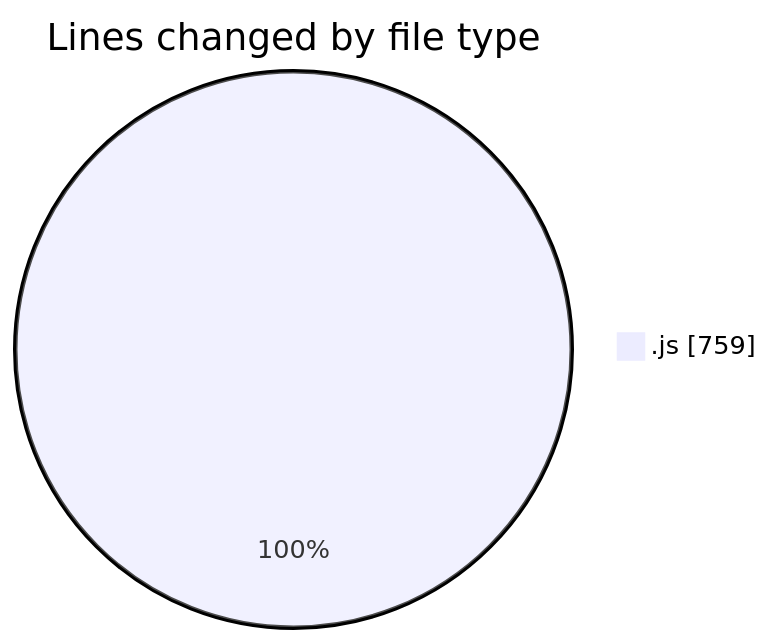
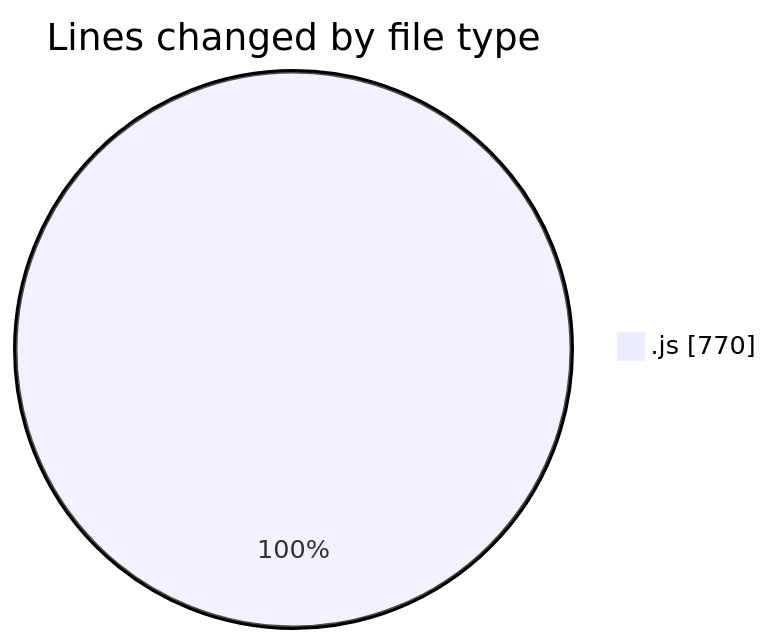
One commit to BS-eng2023/code-tracking changed the first of 2 diagrams in 2025-03-31/jsvms/README.md. Above: the diagram before and after it, drawn with Mermaid. The commit also changed other lines of this file and 1 other file, not shown here.

````diff
--- a/2025-03-31/jsvms/README.md
+++ b/2025-03-31/jsvms/README.md
@@ -28,5 +28,5 @@
 ```mermaid
 pie showData
 title Lines changed by file type
-".js" : 759
+".js" : 770
 ```
````
